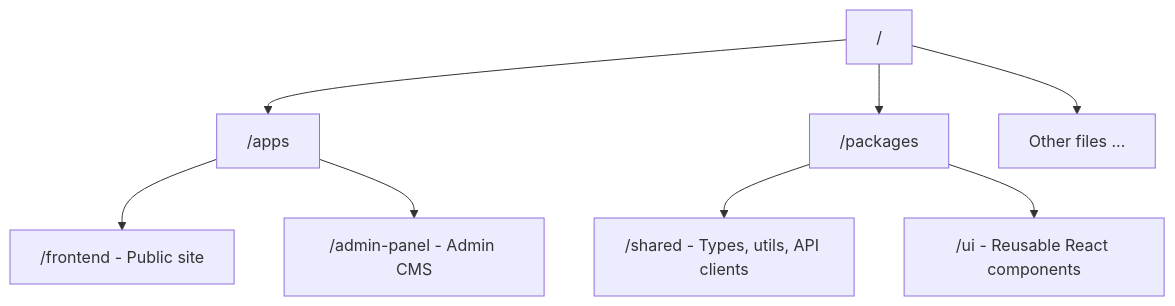
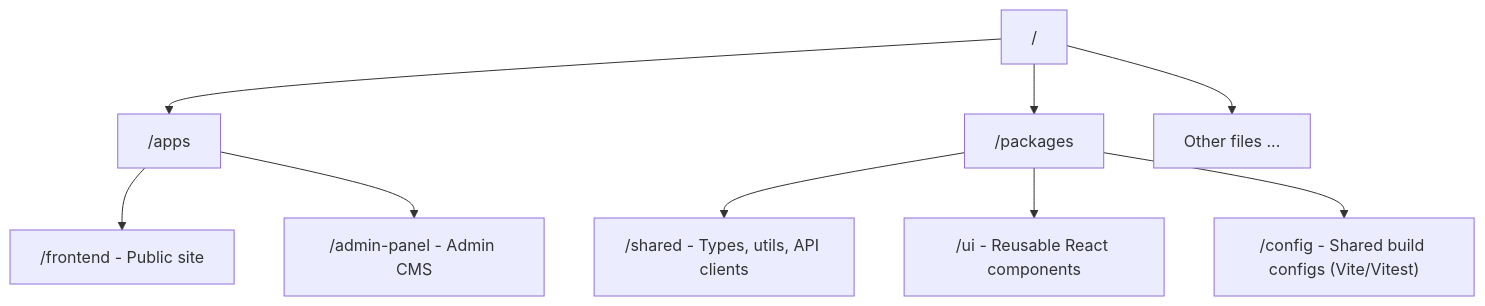
One commit to aj-kivimaki/jpx changed the diagram in README.md. Above: the diagram before and after it, drawn with Mermaid. The commit also changed other lines of this file and 19 other files, not shown here.

````diff
--- a/README.md
+++ b/README.md
@@ -92,12 +93,13 @@
 ```mermaid
 graph TD
     Root["/"] --> Apps["/apps"]
     Apps --> Frontend["/frontend - Public site"]
     Apps --> Admin["/admin-panel - Admin CMS"]
 
     Root --> Packages["/packages"]
     Packages --> Shared["/shared - Types, utils, API clients"]
     Packages --> UI["/ui - Reusable React components"]
+    Packages --> Config["/config - Shared build configs (Vite/Vitest)"]
 
     Root --> Others["Other files ..."]
 ```
````
